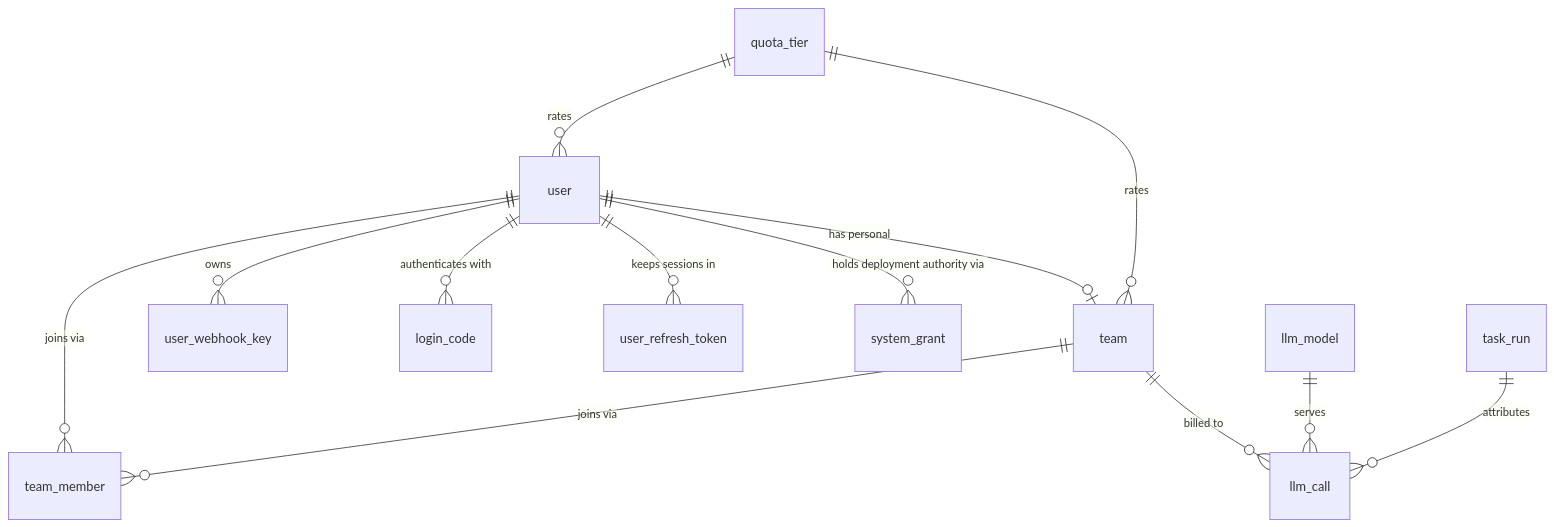
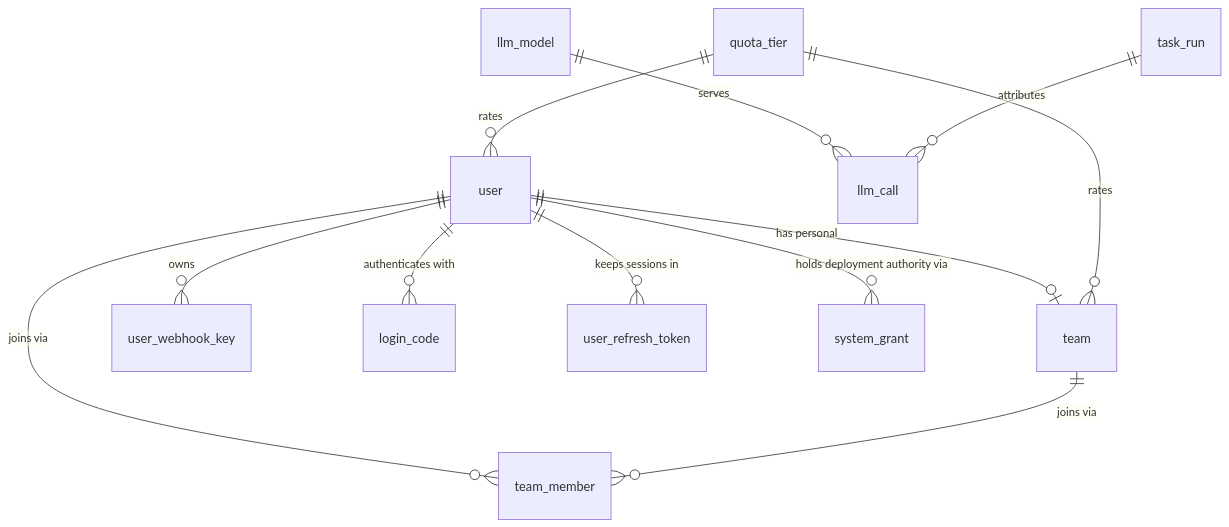
The second of 2 diagrams in docs/contribute/architecture/data-model.md (gougoujiang/buildmax), drawn with Mermaid before and after one commit. The commit also changed other lines of this file and 12 other files, not shown here.

First line of the commit message:
Attribute the call ledger to a person, not a team

````diff
--- a/docs/contribute/architecture/data-model.md
+++ b/docs/contribute/architecture/data-model.md
@@ -139,15 +139,14 @@
 ```mermaid
 erDiagram
     user ||--o{ team_member : "joins via"
     team ||--o{ team_member : "joins via"
     user ||--o| team : "has personal"
     quota_tier ||--o{ user : rates
     quota_tier ||--o{ team : rates
     user ||--o{ user_webhook_key : owns
     user ||--o{ login_code : "authenticates with"
     user ||--o{ user_refresh_token : "keeps sessions in"
     user ||--o{ system_grant : "holds deployment authority via"
-    team ||--o{ llm_call : "billed to"
     llm_model ||--o{ llm_call : serves
     task_run ||--o{ llm_call : attributes
 ```
````
